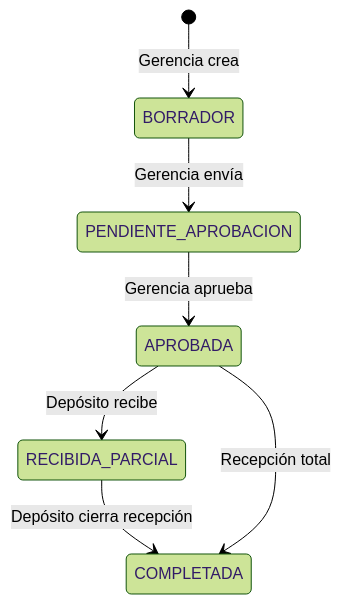
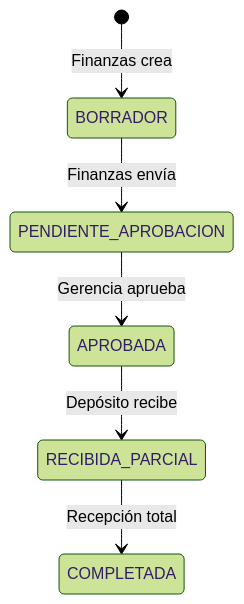
One commit to Gonzamiguel/cocinaIndustrial changed the third of 5 diagrams in ARQUITECTURA.md. Above: the diagram before and after it, drawn with Mermaid (forest theme). The commit also changed other lines of this file and 26 other files, not shown here.

````diff
--- a/ARQUITECTURA.md
+++ b/ARQUITECTURA.md
@@ -229,9 +317,8 @@
 ```mermaid
 stateDiagram-v2
-  [*] --> BORRADOR: Gerencia crea
-  BORRADOR --> PENDIENTE_APROBACION: Gerencia envía
+  [*] --> BORRADOR: Finanzas crea
+  BORRADOR --> PENDIENTE_APROBACION: Finanzas envía
   PENDIENTE_APROBACION --> APROBADA: Gerencia aprueba
   APROBADA --> RECIBIDA_PARCIAL: Depósito recibe
-  RECIBIDA_PARCIAL --> COMPLETADA: Depósito cierra recepción
-  APROBADA --> COMPLETADA: Recepción total
+  RECIBIDA_PARCIAL --> COMPLETADA: Recepción total
 ```
````
